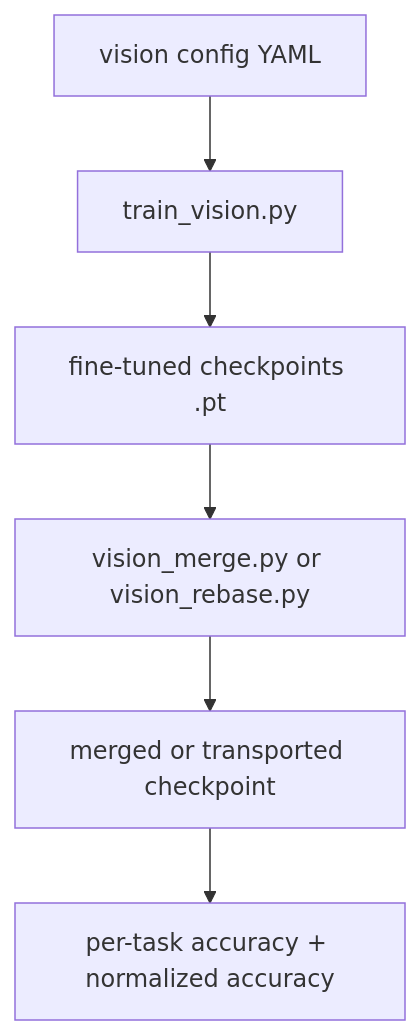
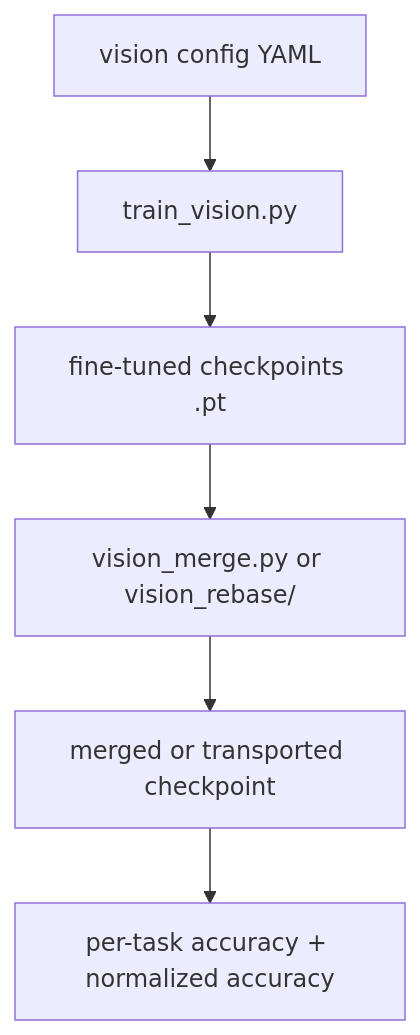
One commit to apanariello4/merge-and-rebase changed the second of 2 diagrams in docs/repo-overview-slides.md. Above: the diagram before and after it, drawn with Mermaid. The commit also changed other lines of this file and 299 other files, not shown here.

````diff
--- a/docs/repo-overview-slides.md
+++ b/docs/repo-overview-slides.md
@@ -292,11 +292,11 @@
 ```mermaid
 flowchart TD
     A[vision config YAML]
     B[train_vision.py]
     C[fine-tuned checkpoints .pt]
-    D[vision_merge.py or vision_rebase.py]
+    D[vision_merge.py or vision_rebase/]
     E[merged or transported checkpoint]
     F[per-task accuracy + normalized accuracy]
 
     A --> B --> C --> D --> E --> F
 ```
````
